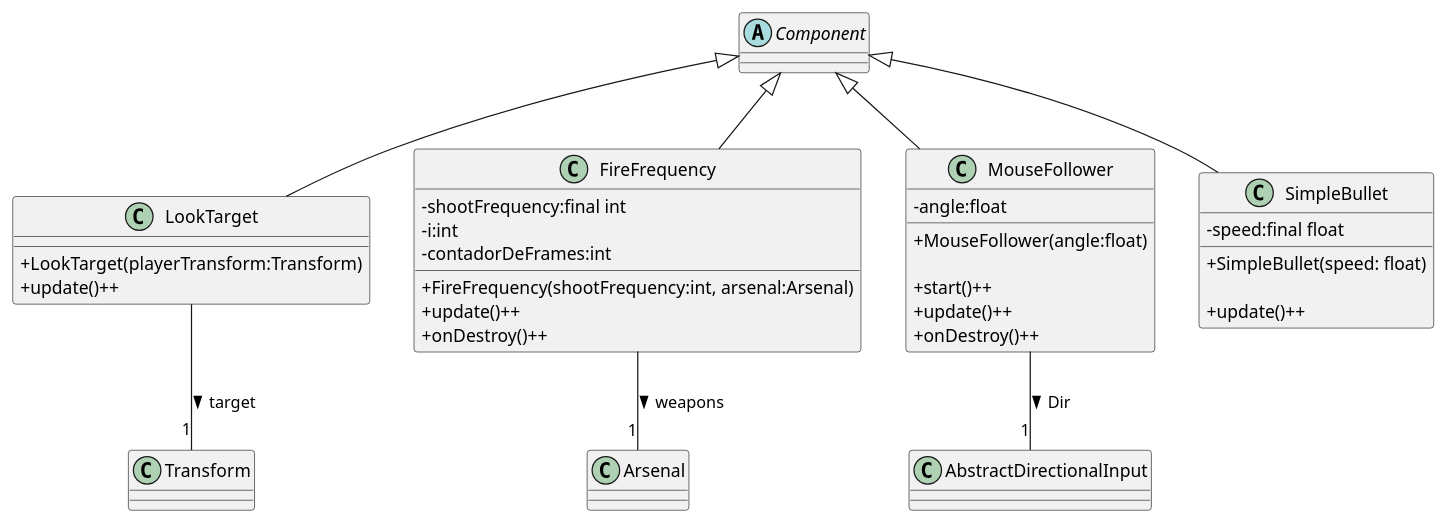
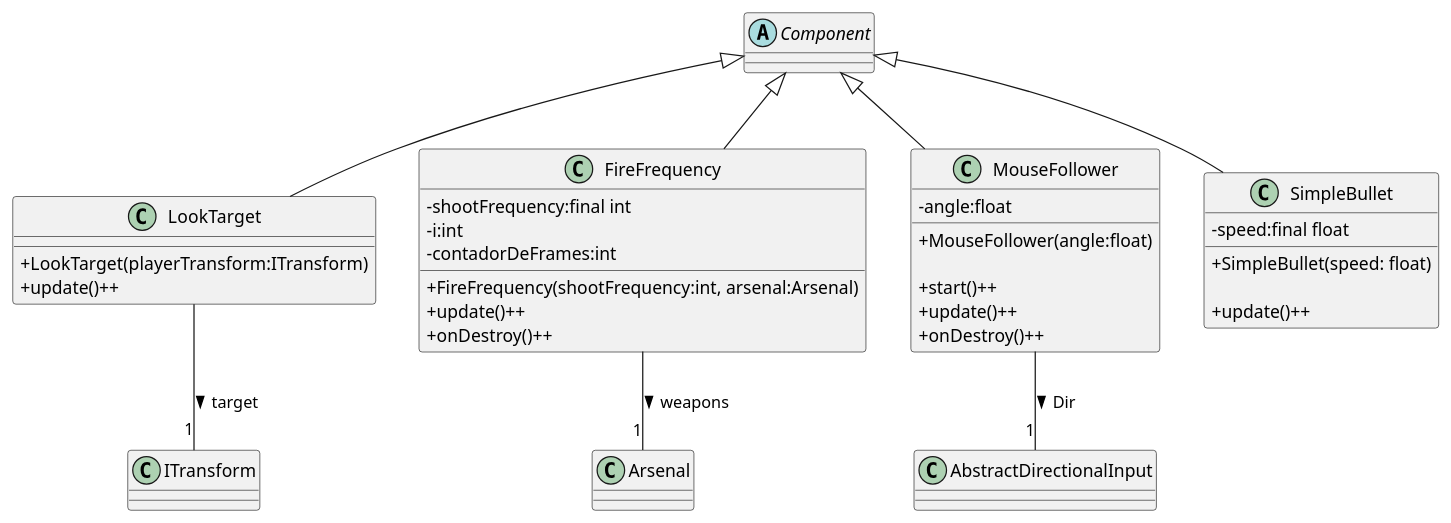
One commit to Nicolas-Guasch/Proyecto-TDP changed the diagram in ProyectoTDP/src/AIs/AIs.puml. Above: the diagram before and after it, drawn with PlantUML. The commit also changed 12 other files, not shown here.

```diff
--- a/ProyectoTDP/src/AIs/AIs.puml
+++ b/ProyectoTDP/src/AIs/AIs.puml
@@ -1,45 +1,45 @@
 @startuml
 skinparam classAttributeIconSize 0
 class LookTarget{
 
-    +LookTarget(playerTransform:Transform)
+    +LookTarget(playerTransform:ITransform)
     +update()++
 }
 abstract class Component
 Component <|-- LookTarget
-LookTarget -- "1" Transform: target >
+LookTarget -- "1" ITransform: target >
 
 class FireFrequency{
     - shootFrequency:final int
     - i:int
     - contadorDeFrames:int
 
     +FireFrequency(shootFrequency:int, arsenal:Arsenal)
     + update()++
     + onDestroy()++
 }
 Component <|-- FireFrequency
 FireFrequency -- "1" Arsenal: weapons >
 class MouseFollower{
     - angle:float
 
     +MouseFollower(angle:float)
 
     +start()++
     + update()++
     + onDestroy()++
 }
 Component <|-- MouseFollower
 MouseFollower --"1" AbstractDirectionalInput: Dir >
 class SimpleBullet{
     - speed:final float
 
     + SimpleBullet(speed: float)
 
     + update()++
 }
 Component <|-- SimpleBullet
 
 
 
 @enduml
```
